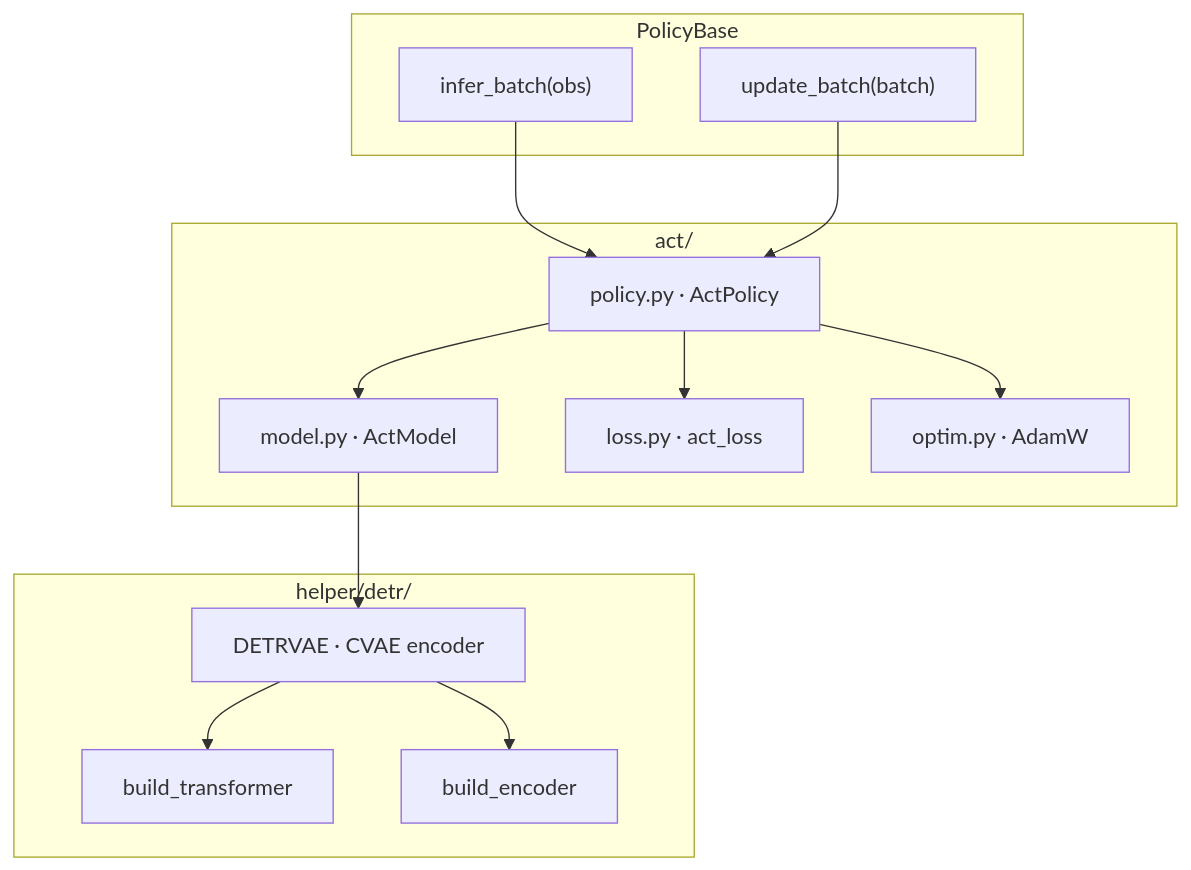
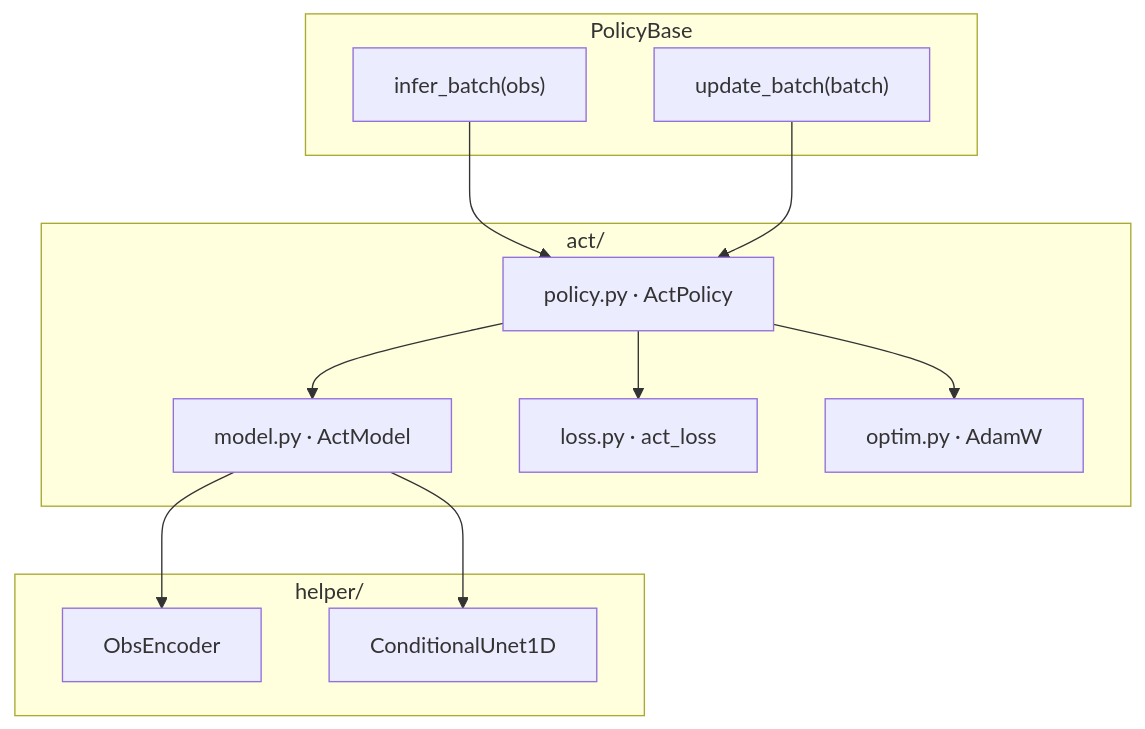
Before and after one commit to IBNBlank/maze_playground: the first of 2 diagrams in bench_policy/utils/policy/act/ARCHITECTURE.md, drawn with Mermaid. The commit also changed other lines of this file and 13 other files, not shown here.

````diff
--- a/bench_policy/utils/policy/act/ARCHITECTURE.md
+++ b/bench_policy/utils/policy/act/ARCHITECTURE.md
@@ -7,29 +7,27 @@
 ```mermaid
 flowchart TB
   subgraph iface["PolicyBase"]
     IB["infer_batch(obs)"]
     UB["update_batch(batch)"]
   end
 
   subgraph act_pkg["act/"]
     Pol["policy.py · ActPolicy"]
     Mod["model.py · ActModel"]
     Loss["loss.py · act_loss"]
     Opt["optim.py · AdamW"]
   end
 
-  subgraph helper["helper/detr/"]
-    DETR["DETRVAE · CVAE encoder"]
-    Tr["build_transformer"]
-    Enc["build_encoder"]
+  subgraph helper["helper/"]
+    Obs["ObsEncoder"]
+    UNet["ConditionalUnet1D"]
   end
 
   IB --> Pol
   UB --> Pol
   Pol --> Mod
   Pol --> Loss
   Pol --> Opt
-  Mod --> DETR
-  DETR --> Tr
-  DETR --> Enc
+  Mod --> Obs
+  Mod --> UNet
 ```
````
